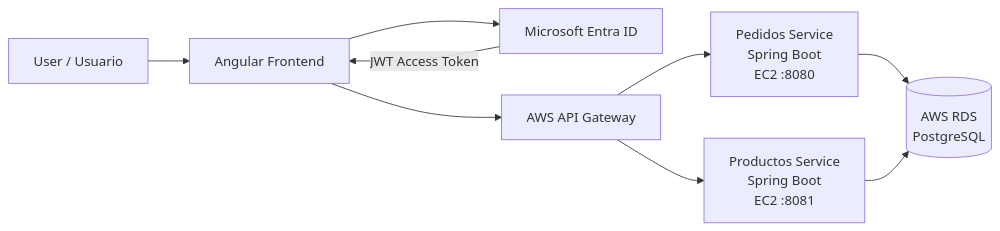
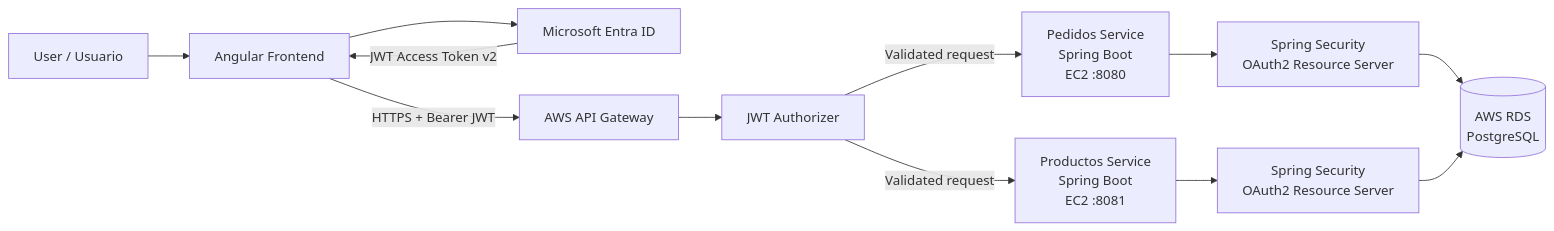
The diagram in README.md (JavierFcAlcayaga/pedidos360), drawn with Mermaid before and after one commit. The commit also changed other lines of this file, not shown here.

Commit message:
Update README with final security architecture

````diff
--- a/README.md
+++ b/README.md
@@ -11,15 +11,20 @@
 ```mermaid
 flowchart LR
+
     U[User / Usuario] --> A[Angular Frontend]
 
     A --> E[Microsoft Entra ID]
-    E -->|JWT Access Token| A
+    E -->|JWT Access Token v2| A
 
-    A --> G[AWS API Gateway]
+    A -->|HTTPS + Bearer JWT| G[AWS API Gateway]
 
-    G --> P[Pedidos Service<br/>Spring Boot<br/>EC2 :8080]
-    G --> PR[Productos Service<br/>Spring Boot<br/>EC2 :8081]
+    G --> J[JWT Authorizer]
+    J -->|Validated request| P[Pedidos Service<br/>Spring Boot<br/>EC2 :8080]
+    J -->|Validated request| PR[Productos Service<br/>Spring Boot<br/>EC2 :8081]
 
-    P --> DB[(AWS RDS<br/>PostgreSQL)]
-    PR --> DB
+    P --> S1[Spring Security<br/>OAuth2 Resource Server]
+    PR --> S2[Spring Security<br/>OAuth2 Resource Server]
+
+    S1 --> DB[(AWS RDS<br/>PostgreSQL)]
+    S2 --> DB
 ```
````
